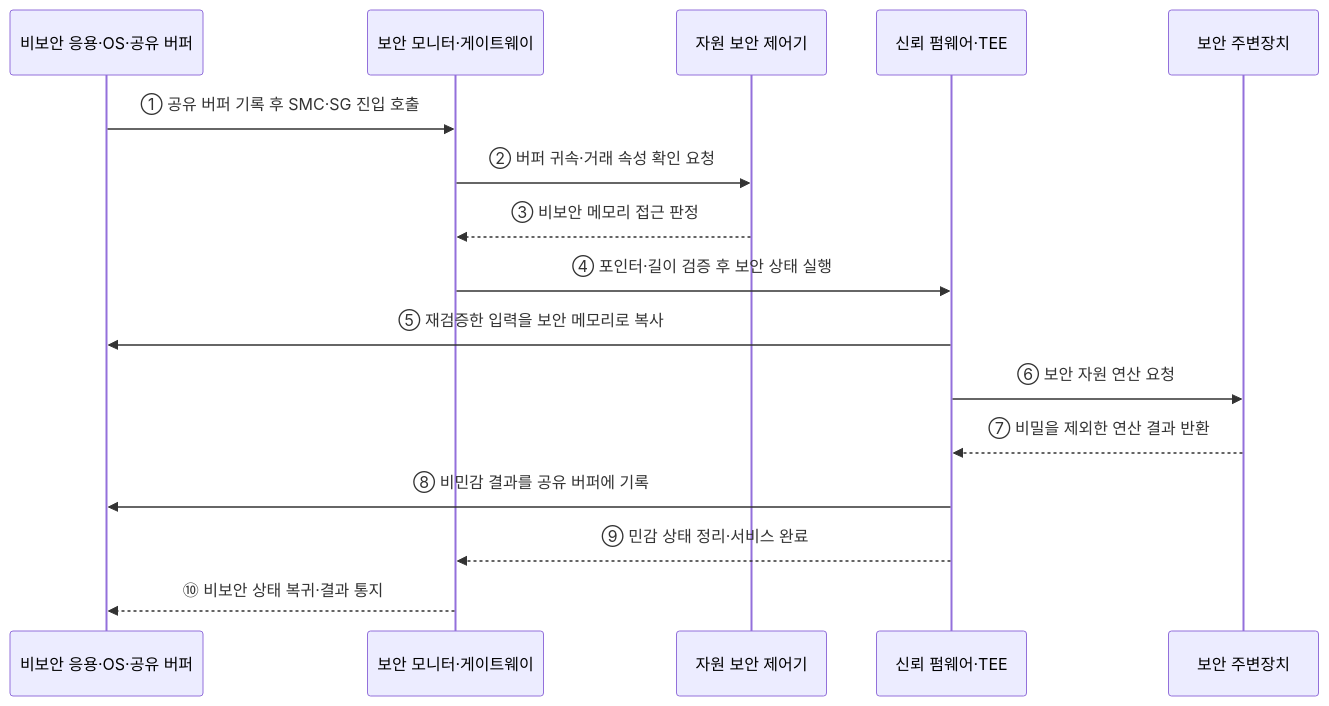
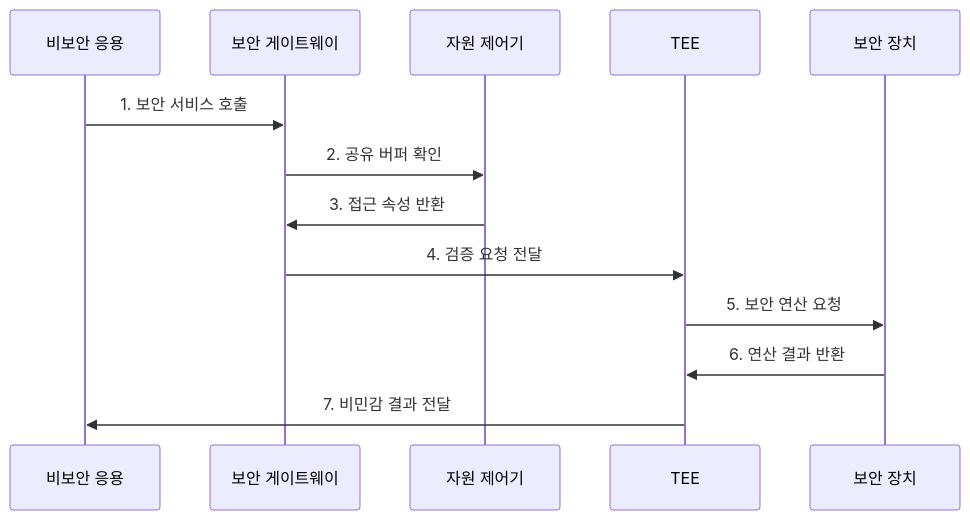
One commit to agnusdei1207/knowledge-base changed the second of 2 diagrams in src/content/docs/notes/02-hardware/064_arm_trustzone.md. Above: the diagram before and after it, drawn with Mermaid. The commit also changed other lines of this file and 20 other files, not shown here.

````diff
--- a/src/content/docs/notes/02-hardware/064_arm_trustzone.md
+++ b/src/content/docs/notes/02-hardware/064_arm_trustzone.md
@@ -86,19 +85,16 @@
 ```mermaid
 sequenceDiagram
-    participant N as 비보안 응용·OS·공유 버퍼
-    participant G as 보안 모니터·게이트웨이
-    participant A as 자원 보안 제어기
-    participant T as 신뢰 펌웨어·TEE
-    participant P as 보안 주변장치
+    participant N as 비보안 응용
+    participant G as 보안 게이트웨이
+    participant A as 자원 제어기
+    participant T as TEE
+    participant P as 보안 장치
 
-    N->>G: ① 공유 버퍼 기록 후 SMC·SG 진입 호출
-    G->>A: ② 버퍼 귀속·거래 속성 확인 요청
-    A-->>G: ③ 비보안 메모리 접근 판정
-    G->>T: ④ 포인터·길이 검증 후 보안 상태 실행
-    T->>N: ⑤ 재검증한 입력을 보안 메모리로 복사
-    T->>P: ⑥ 보안 자원 연산 요청
-    P-->>T: ⑦ 비밀을 제외한 연산 결과 반환
-    T->>N: ⑧ 비민감 결과를 공유 버퍼에 기록
-    T-->>G: ⑨ 민감 상태 정리·서비스 완료
-    G-->>N: ⑩ 비보안 상태 복귀·결과 통지
+    N->>G: 1. 보안 서비스 호출
+    G->>A: 2. 공유 버퍼 확인
+    A->>G: 3. 접근 속성 반환
+    G->>T: 4. 검증 요청 전달
+    T->>P: 5. 보안 연산 요청
+    P->>T: 6. 연산 결과 반환
+    T->>N: 7. 비민감 결과 전달
 ```
````
